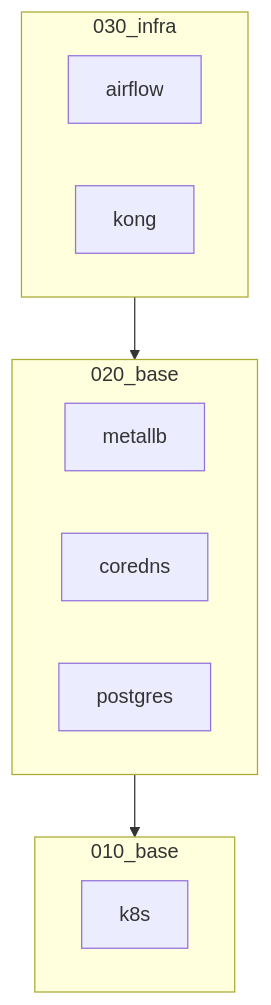
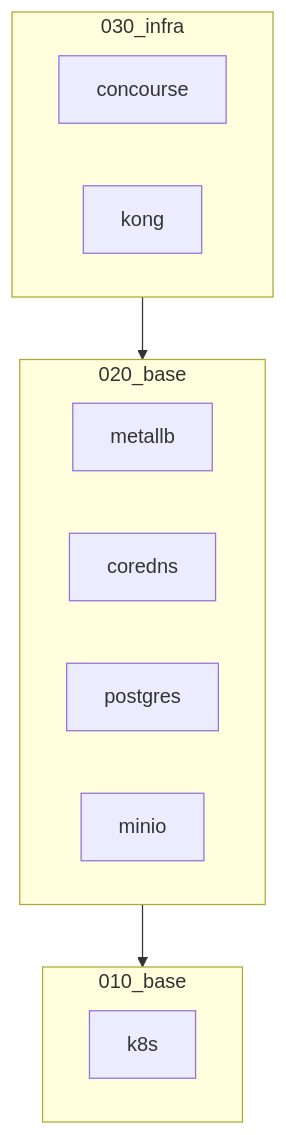
Before and after one commit to p11o/open-infra: the diagram in README.md, drawn with Mermaid. The commit also changed other lines of this file, not shown here.

````diff
--- a/README.md
+++ b/README.md
@@ -36,20 +36,21 @@
 ```mermaid
 flowchart TD
     subgraph 010_base
         k8s
     end
 
     subgraph 020_base
         metallb
         coredns
         postgres
+        minio
     end
 
     subgraph 030_infra
-        airflow
+        concourse
         kong
     end
 
     030_infra --> 020_base
     020_base --> 010_base
 ```
````
